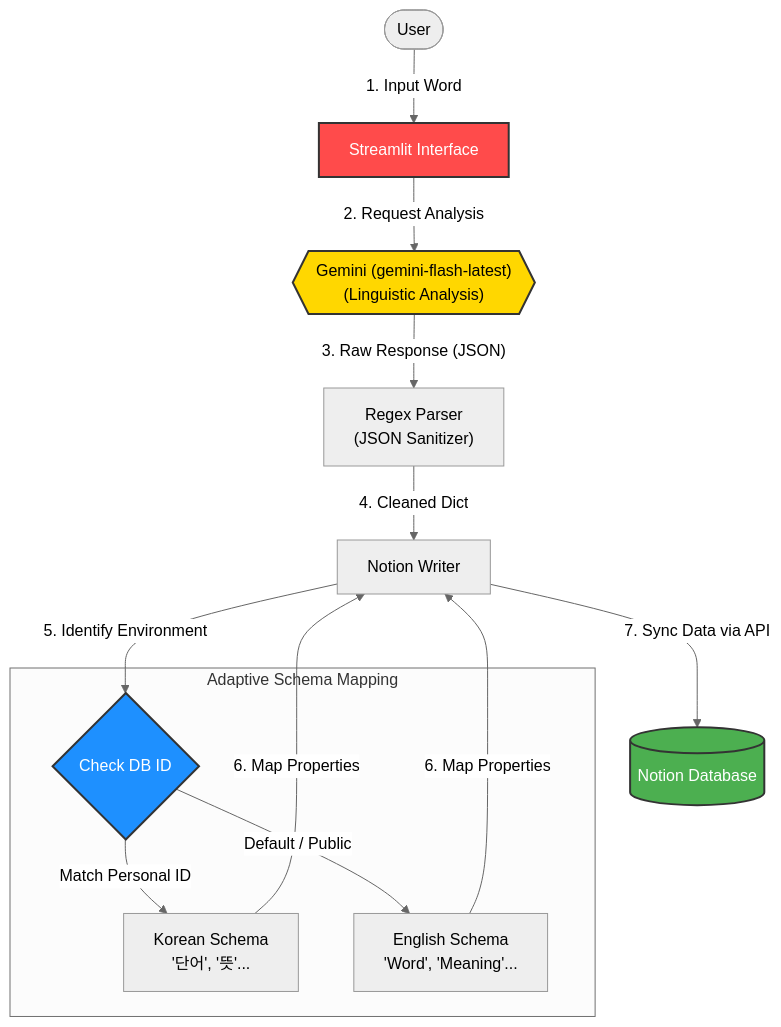
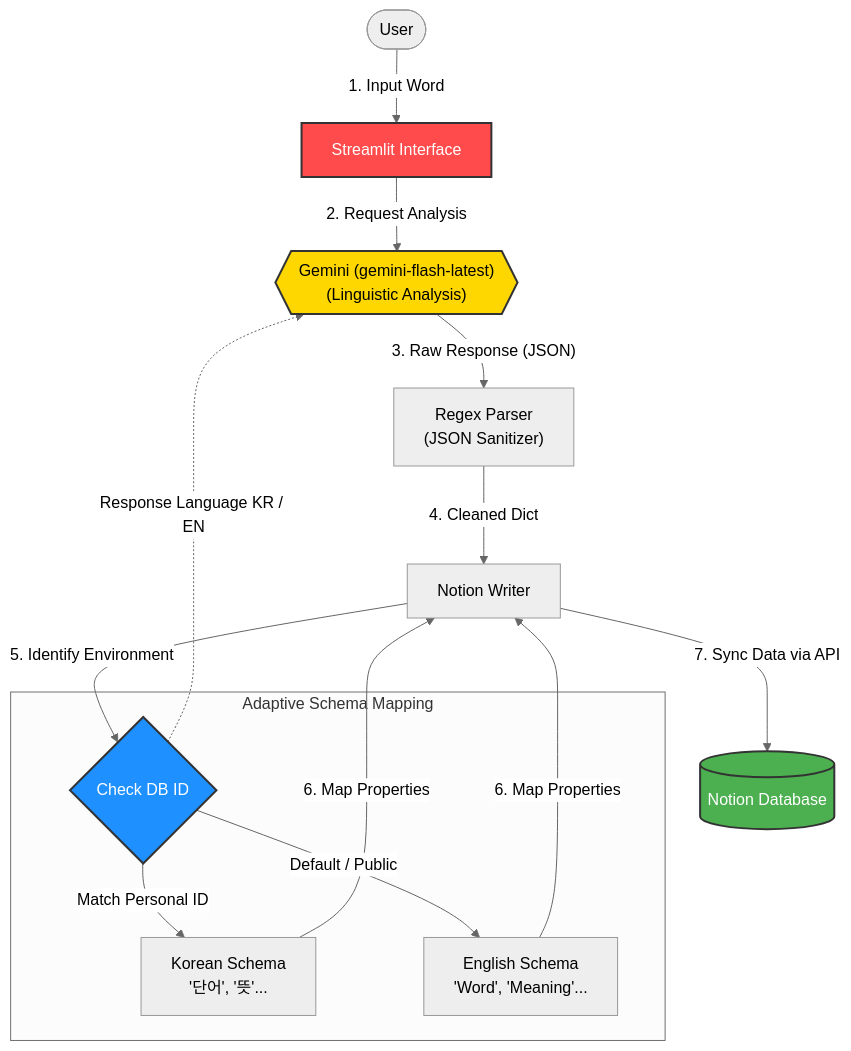
The diagram in README.md (2daKaizen-gun/jp-dict-bot), drawn with Mermaid (neutral theme) before and after one commit. The commit also changed other lines of this file, not shown here.

````diff
--- a/README.md
+++ b/README.md
@@ -36,37 +36,38 @@
 ```mermaid
 graph TD
     %% Node Definitions
     User(["User"])
     UI["Streamlit Interface"]
     Gemini{{"Gemini (gemini-flash-latest)<br/>(Linguistic Analysis)"}}
     Parser["Regex Parser<br/>(JSON Sanitizer)"]
     Writer["Notion Writer"]
     Notion[("Notion Database")]
 
     %% Environment Switch Logic
     subgraph "Adaptive Schema Mapping"
         Switch{"Check DB ID"}
         KR_Schema["Korean Schema<br/>'단어', '뜻'..."]
         EN_Schema["English Schema<br/>'Word', 'Meaning'..."]
     end
 
     %% Data Flow
     User -->|1. Input Word| UI
     UI -->|2. Request Analysis| Gemini
     Gemini --"3. Raw Response (JSON)"--> Parser
     Parser -->|4. Cleaned Dict| Writer
     
     %% Mapping Flow
     Writer -->|5. Identify Environment| Switch
     Switch -->|Match Personal ID| KR_Schema
     Switch -->|Default / Public| EN_Schema
     
     KR_Schema & EN_Schema -->|6. Map Properties| Writer
     Writer -->|7. Sync Data via API| Notion
+    Switch -.->|Response Language KR / EN| Gemini
 
     %% Styling
     style UI fill:#FF4B4B,stroke:#333,stroke-width:2px,color:white
     style Gemini fill:#FFD700,stroke:#333,stroke-width:2px,color:black
     style Notion fill:#4CAF50,stroke:#333,stroke-width:2px,color:white
     style Switch fill:#1E90FF,stroke:#333,stroke-width:2px,color:white
 ```
````
